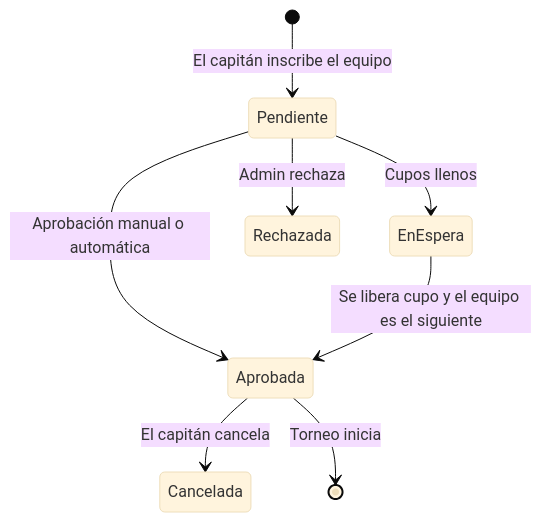
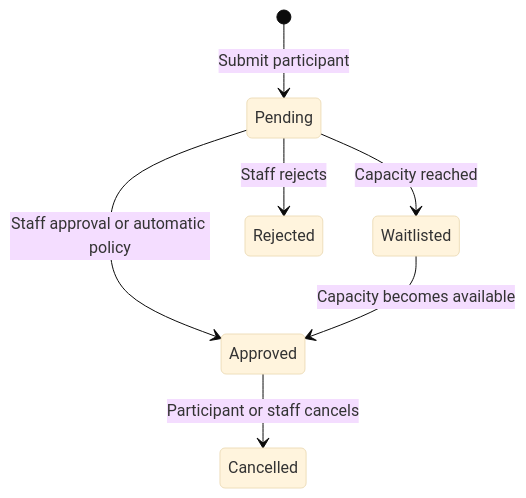
Before and after one commit to Dieguezar/opentournament: the third of 8 diagrams in docs/USER_FLOWS.md, drawn with Mermaid (base theme). The commit also changed other lines of this file and 10 other files, not shown here.

````diff
--- a/docs/USER_FLOWS.md
+++ b/docs/USER_FLOWS.md
@@ -38,10 +36,9 @@
 ```mermaid
 stateDiagram-v2
-  [*] --> Pendiente: El capitán inscribe el equipo
-  Pendiente --> Aprobada: Aprobación manual o automática
-  Pendiente --> EnEspera: Cupos llenos
-  EnEspera --> Aprobada: Se libera cupo y el equipo es el siguiente
-  Pendiente --> Rechazada: Admin rechaza
-  Aprobada --> Cancelada: El capitán cancela
-  Aprobada --> [*]: Torneo inicia
+  [*] --> Pending: Submit participant
+  Pending --> Approved: Staff approval or automatic policy
+  Pending --> Waitlisted: Capacity reached
+  Waitlisted --> Approved: Capacity becomes available
+  Pending --> Rejected: Staff rejects
+  Approved --> Cancelled: Participant or staff cancels
 ```
````
